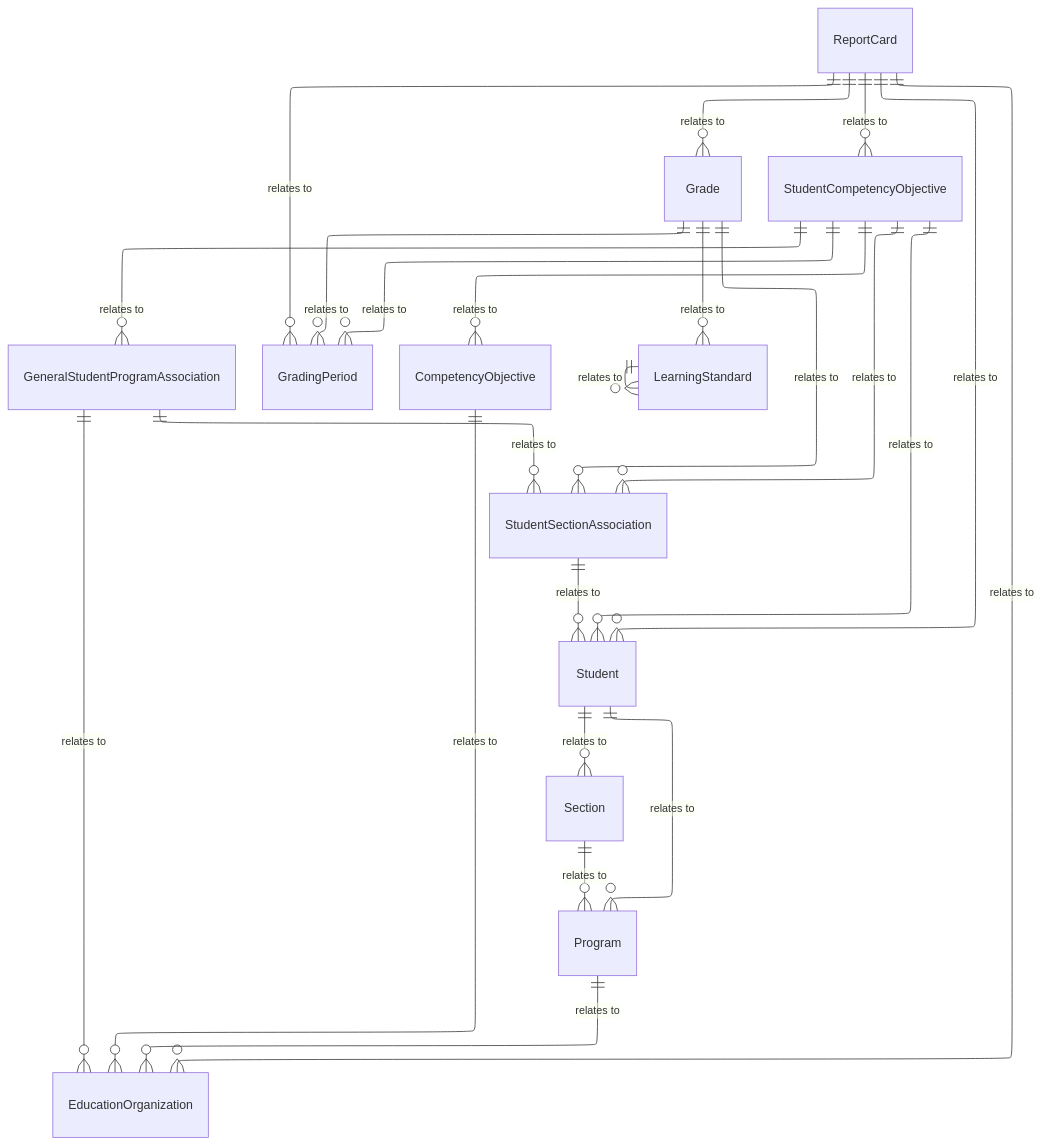
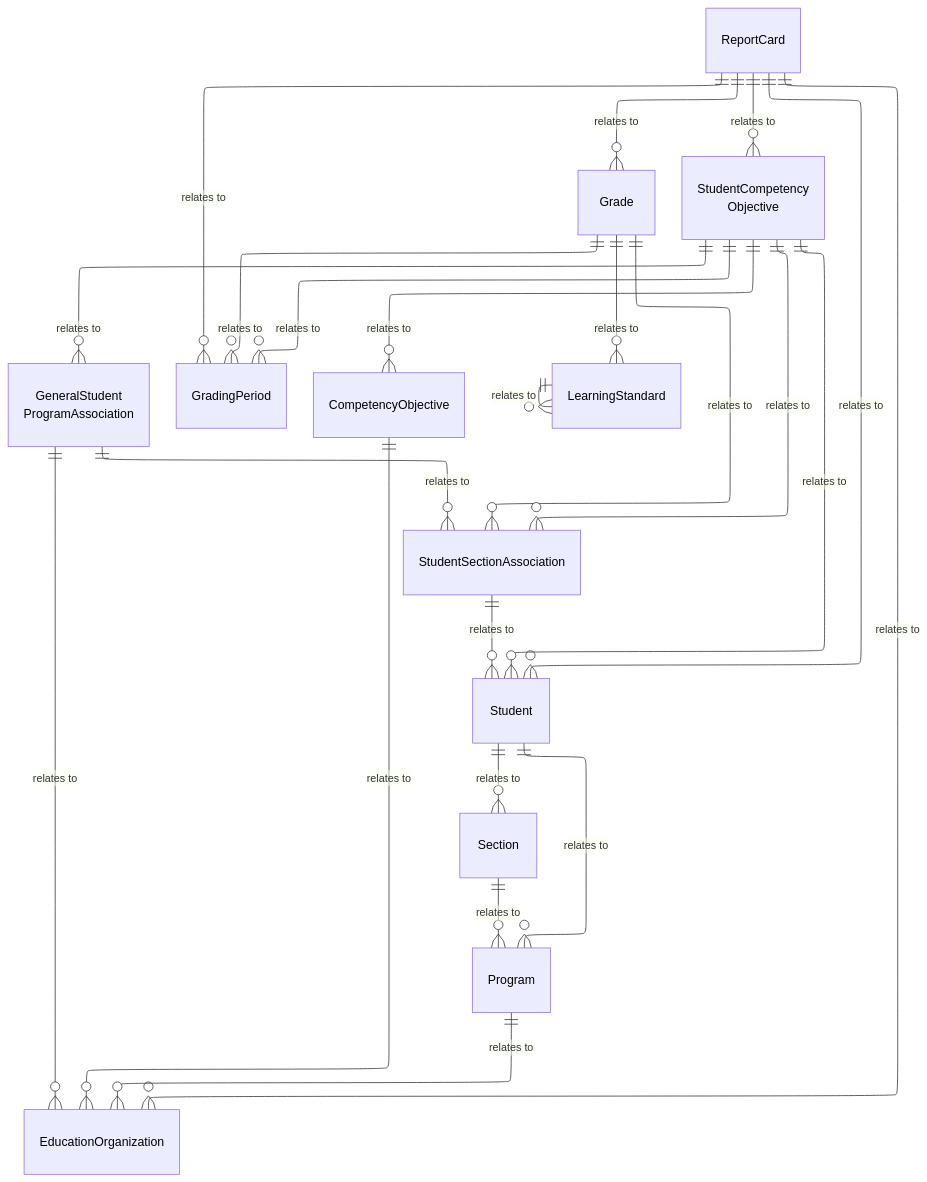
One commit to Ed-Fi-Alliance-OSS/ed-fi-alliance-oss.github.io changed the third of 4 diagrams in dataStandard_versioned_docs/version-6/model-reference/student-academic-record-domain/model-diagrams.md. Above: the diagram before and after it, drawn with Mermaid. The commit also changed other lines of this file and 24 other files, not shown here.

````diff
--- a/dataStandard_versioned_docs/version-6/model-reference/student-academic-record-domain/model-diagrams.md
+++ b/dataStandard_versioned_docs/version-6/model-reference/student-academic-record-domain/model-diagrams.md
@@ -152,55 +173,65 @@
 ```mermaid
 ---
-
 config:
   layout: elk
 ---
-
 erDiagram
     Student {
     }
     ReportCard {
     }
     Grade {
     }
-    StudentCompetencyObjective {
+    StudentCompetencyObjective["StudentCompetency<br/>Objective"] {
     }
     StudentSectionAssociation {
     }
-    GeneralStudentProgramAssociation {
+    GeneralStudentProgramAssociation["GeneralStudent<br/>ProgramAssociation"] {
     }
     GradingPeriod {
     }
     CompetencyObjective {
     }
     Section {
     }
     Program {
     }
     LearningStandard {
     }
     EducationOrganization {
     }
     ReportCard ||--o{ Student : "relates to"
     ReportCard ||--o{ GradingPeriod : "relates to"
     ReportCard ||--o{ EducationOrganization : "relates to"
     ReportCard ||--o{ Grade : "relates to"
     ReportCard ||--o{ StudentCompetencyObjective : "relates to"
     Grade ||--o{ GradingPeriod : "relates to"
     Grade ||--o{ StudentSectionAssociation : "relates to"
     Grade ||--o{ LearningStandard : "relates to"
     StudentCompetencyObjective ||--o{ Student : "relates to"
     StudentCompetencyObjective ||--o{ GradingPeriod : "relates to"
     StudentCompetencyObjective ||--o{ CompetencyObjective : "relates to"
     StudentCompetencyObjective ||--o{ GeneralStudentProgramAssociation : "relates to"
     StudentCompetencyObjective ||--o{ StudentSectionAssociation : "relates to"
     StudentSectionAssociation ||--o{ Student : "relates to"
     GeneralStudentProgramAssociation ||--o{ EducationOrganization : "relates to"
     GeneralStudentProgramAssociation ||--o{ StudentSectionAssociation : "relates to"
     Student ||--o{ Section : "relates to"
     Student ||--o{ Program : "relates to"
     Section ||--o{ Program : "relates to"
     Program ||--o{ EducationOrganization : "relates to"
     CompetencyObjective ||--o{ EducationOrganization : "relates to"
     LearningStandard ||--o{ LearningStandard : "relates to"
+    style Student color:#000000
+    style ReportCard color:#000000
+    style Grade color:#000000
+    style StudentCompetencyObjective color:#000000
+    style StudentSectionAssociation color:#000000
+    style GeneralStudentProgramAssociation color:#000000
+    style GradingPeriod color:#000000
+    style CompetencyObjective color:#000000
+    style Section color:#000000
+    style Program color:#000000
+    style LearningStandard color:#000000
+    style EducationOrganization color:#000000
 ```
````
